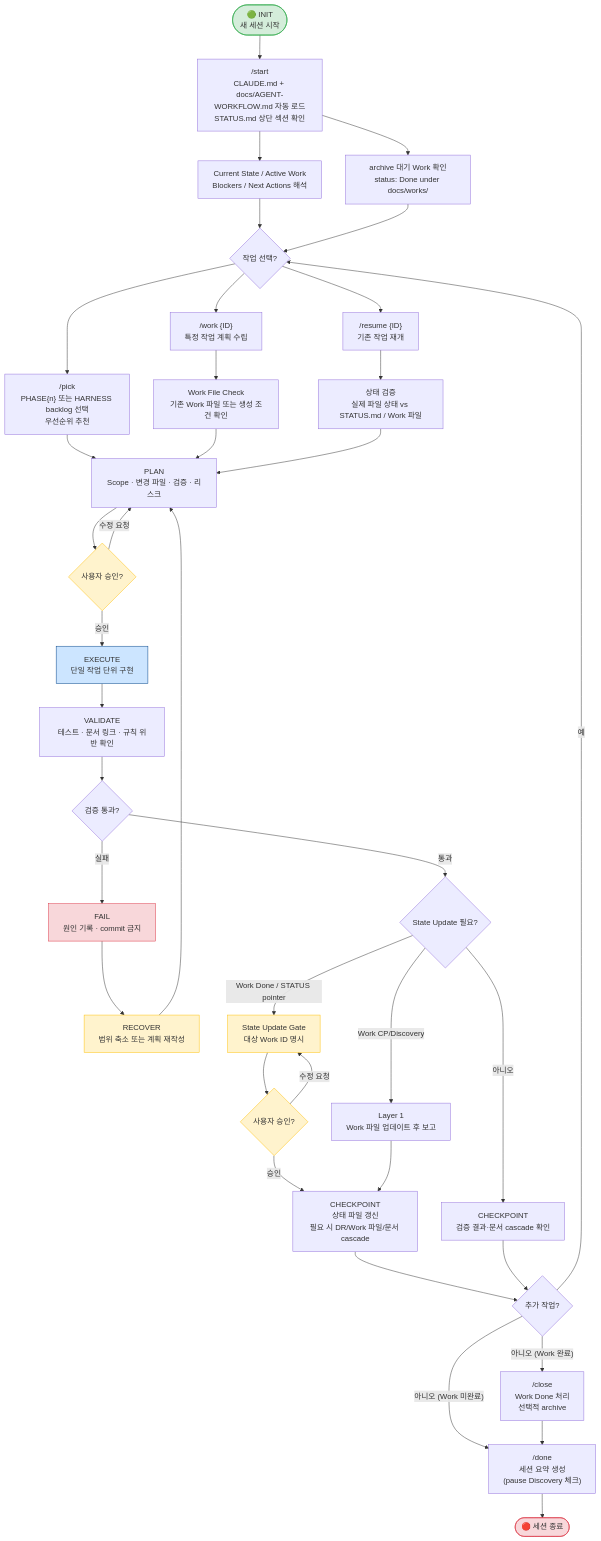
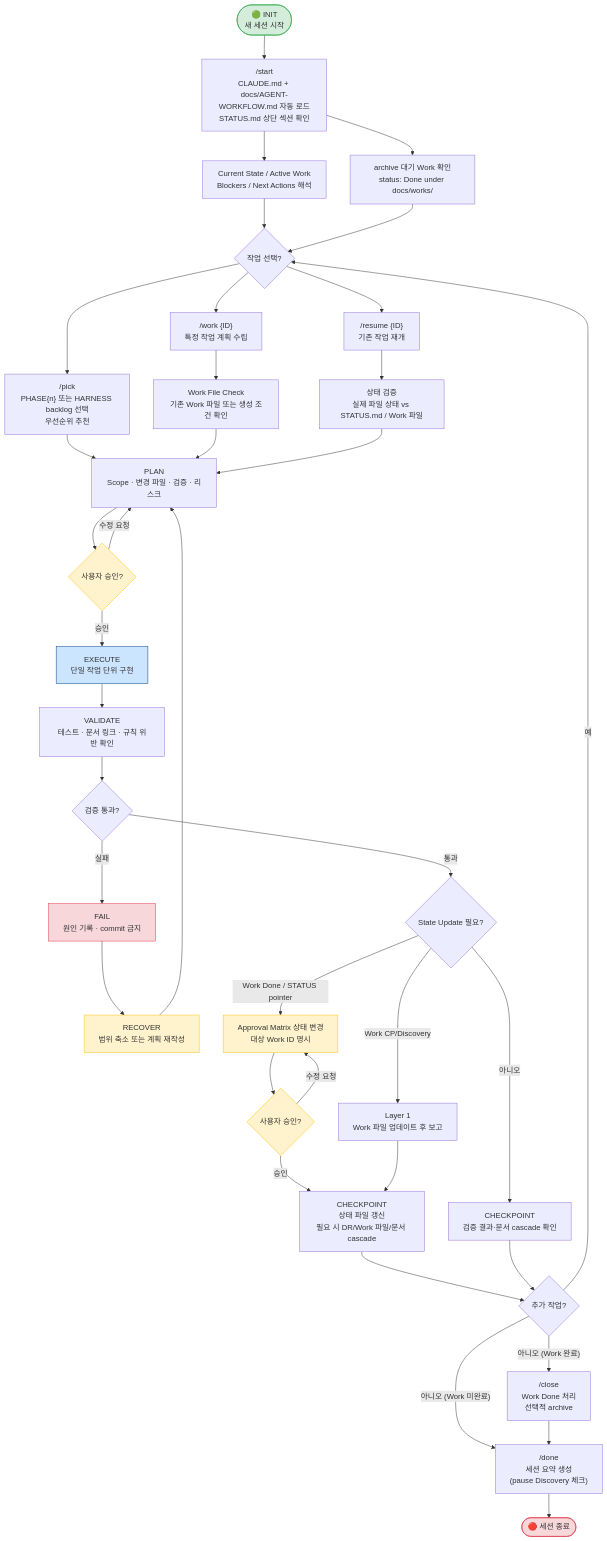
The eighth of 14 diagrams in docs/WORKFLOW-MANUAL.md (kyungseo/ai-workflow-harness), drawn with Mermaid before and after one commit. The commit also changed other lines of this file and 33 other files, not shown here.

First line of the commit message:
docs: HRN-021 Approval Matrix 정합성 정리

````diff
--- a/docs/WORKFLOW-MANUAL.md
+++ b/docs/WORKFLOW-MANUAL.md
@@ -635,54 +635,54 @@
 ```mermaid
 flowchart TD
     START([🟢 INIT\n새 세션 시작]) --> STARTUP["/start\nCLAUDE.md + docs/AGENT-WORKFLOW.md 자동 로드\nSTATUS.md 상단 섹션 확인"]
     STARTUP --> STATE["Current State / Active Work\nBlockers / Next Actions 해석"]
     STARTUP --> DONE_SCAN["archive 대기 Work 확인\nstatus: Done under docs/works/"]
     STATE --> ASSESS{작업 선택?}
     DONE_SCAN --> ASSESS
 
     ASSESS --> PICK["/pick\nPHASE{n} 또는 HARNESS backlog 선택\n우선순위 추천"]
     ASSESS --> WORK_ID["/work {ID}\n특정 작업 계획 수립"]
     ASSESS --> RESUME["/resume {ID}\n기존 작업 재개"]
 
     PICK --> PLAN["PLAN\nScope · 변경 파일 · 검증 · 리스크"]
     WORK_ID --> WORK_FILE["Work File Check\n기존 Work 파일 또는 생성 조건 확인"]
     WORK_FILE --> PLAN
     RESUME --> VERIFY_STATE["상태 검증\n실제 파일 상태 vs STATUS.md / Work 파일"]
     VERIFY_STATE --> PLAN
 
     PLAN --> APPROVAL{사용자 승인?}
     APPROVAL -- 수정 요청 --> PLAN
     APPROVAL -- 승인 --> EXECUTE["EXECUTE\n단일 작업 단위 구현"]
 
     EXECUTE --> VALIDATE["VALIDATE\n테스트 · 문서 링크 · 규칙 위반 확인"]
     VALIDATE --> PASS{검증 통과?}
     PASS -- 실패 --> FAIL["FAIL\n원인 기록 · commit 금지"]
     FAIL --> RECOVER["RECOVER\n범위 축소 또는 계획 재작성"]
     RECOVER --> PLAN
     PASS -- 통과 --> STATE_NEED{State Update 필요?}
     STATE_NEED -- "Work CP/Discovery" --> WORK_UPDATE["Layer 1\nWork 파일 업데이트 후 보고"]
-    STATE_NEED -- "Work Done / STATUS pointer" --> STATE_PROPOSAL["State Update Gate\n대상 Work ID 명시"]
+    STATE_NEED -- "Work Done / STATUS pointer" --> STATE_PROPOSAL["Approval Matrix 상태 변경\n대상 Work ID 명시"]
     STATE_NEED -- 아니오 --> CHECKPOINT_CLEAN["CHECKPOINT\n검증 결과·문서 cascade 확인"]
     STATE_PROPOSAL --> STATE_APPROVAL{사용자 승인?}
     STATE_APPROVAL -- 수정 요청 --> STATE_PROPOSAL
     STATE_APPROVAL -- 승인 --> CHECKPOINT_UPDATED["CHECKPOINT\n상태 파일 갱신\n필요 시 DR/Work 파일/문서 cascade"]
     WORK_UPDATE --> CHECKPOINT_UPDATED
 
     CHECKPOINT_UPDATED --> NEXT{추가 작업?}
     CHECKPOINT_CLEAN --> NEXT
     NEXT -- 예 --> ASSESS
     NEXT -- "아니오 (Work 완료)" --> CLOSE["/close\nWork Done 처리\n선택적 archive"]
     NEXT -- "아니오 (Work 미완료)" --> DONE["/done\n세션 요약 생성\n(pause Discovery 체크)"]
     CLOSE --> DONE
 
     DONE --> END([🔴 세션 종료])
 
     style START fill:#d4edda,stroke:#28a745
     style END fill:#f8d7da,stroke:#dc3545
     style APPROVAL fill:#fff3cd,stroke:#ffc107
     style EXECUTE fill:#cce5ff,stroke:#004085
     style FAIL fill:#f8d7da,stroke:#dc3545
     style RECOVER fill:#fff3cd,stroke:#ffc107
     style STATE_PROPOSAL fill:#fff3cd,stroke:#ffc107
     style STATE_APPROVAL fill:#fff3cd,stroke:#ffc107
 ```
````
